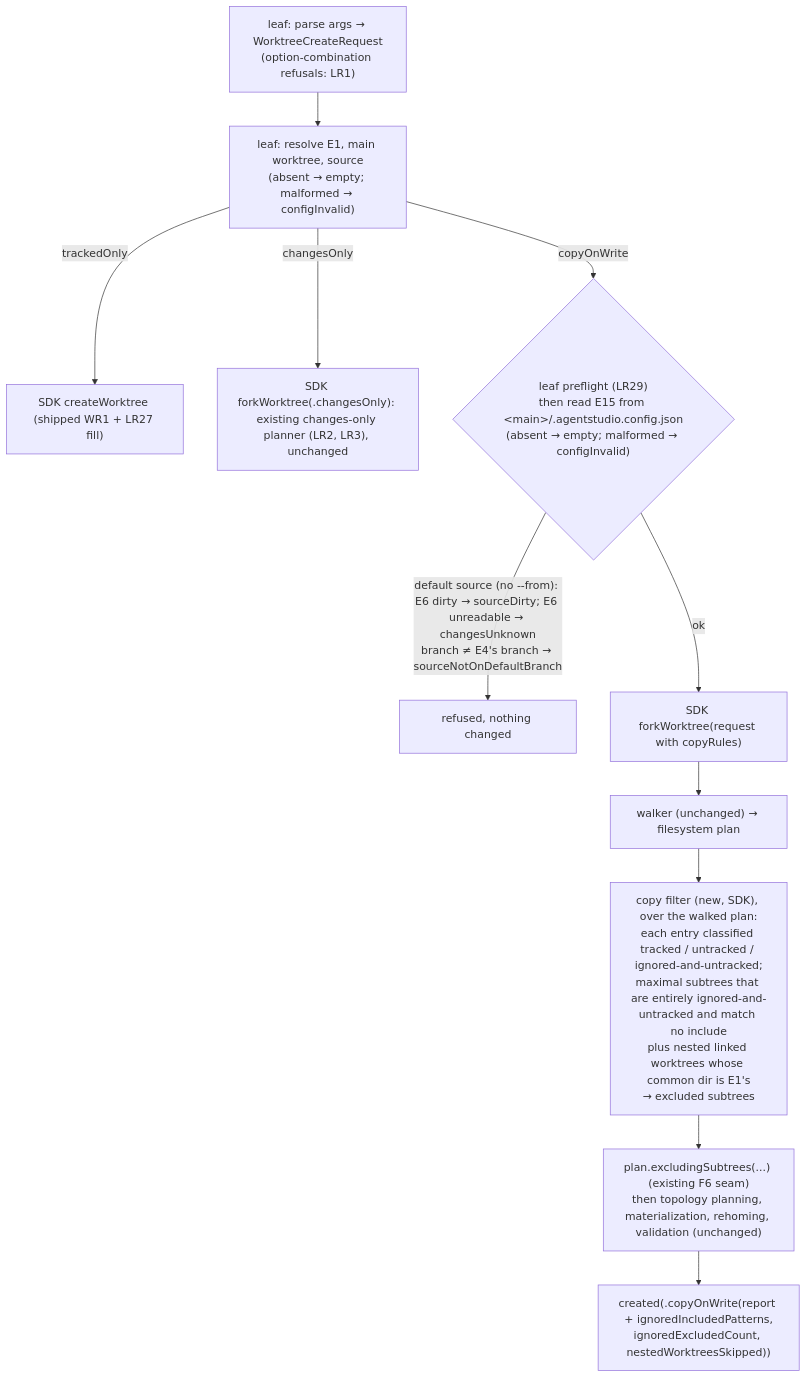
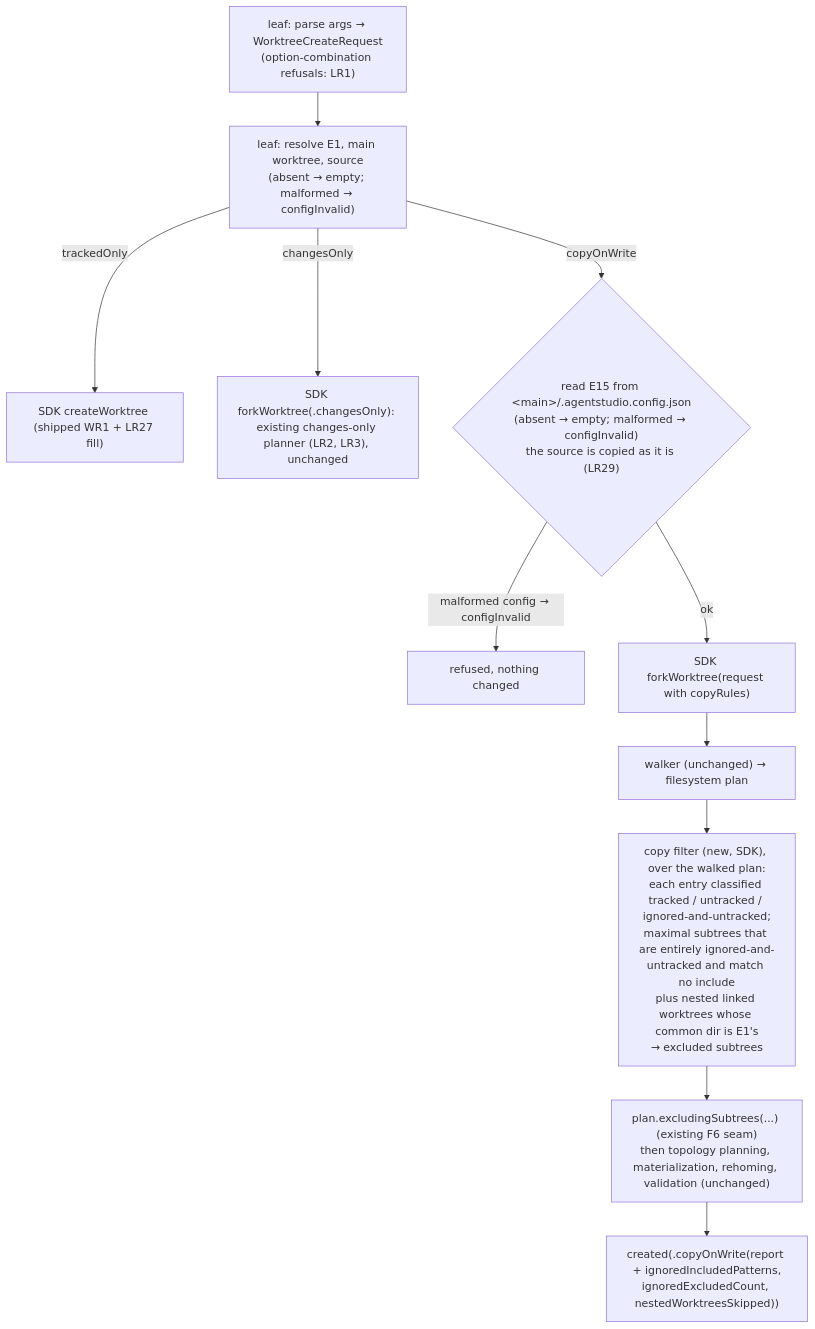
One commit to getagentstudio/agentstudio changed the ninth of 9 diagrams in docs/specs/2026-09-30-worktree-lifecycle/2026-09-30-worktree-lifecycle-program-design.md. Above: the diagram before and after it, drawn with Mermaid. The commit also changed other lines of this file and 2 other files, not shown here.

Commit message:
Copy the source as it is: withdraw the default-source refusals from the worktree lifecycle design

````diff
--- a/docs/specs/2026-09-30-worktree-lifecycle/2026-09-30-worktree-lifecycle-program-design.md
+++ b/docs/specs/2026-09-30-worktree-lifecycle/2026-09-30-worktree-lifecycle-program-design.md
@@ -644,13 +644,13 @@
 ```mermaid
 flowchart TB
   P["leaf: parse args → WorktreeCreateRequest<br/>(option-combination refusals: LR1)"] --> C["leaf: resolve E1, main worktree, source<br/>(absent → empty; malformed → configInvalid)"]
   C -->|trackedOnly| T["SDK createWorktree (shipped WR1 + LR27 fill)"]
   C -->|changesOnly| CO["SDK forkWorktree(.changesOnly): existing changes-only planner (LR2, LR3), unchanged"]
-  C -->|copyOnWrite| B{"leaf preflight (LR29)<br/>then read E15 from &lt;main&gt;/.agentstudio.config.json<br/>(absent → empty; malformed → configInvalid)"}
-  B -->|"default source (no --from): E6 dirty → sourceDirty; E6 unreadable → changesUnknown<br/>branch ≠ E4's branch → sourceNotOnDefaultBranch"| R["refused, nothing changed"]
+  C -->|copyOnWrite| B{"read E15 from &lt;main&gt;/.agentstudio.config.json<br/>(absent → empty; malformed → configInvalid)<br/>the source is copied as it is (LR29)"}
+  B -->|"malformed config → configInvalid"| R["refused, nothing changed"]
   B -->|ok| F["SDK forkWorktree(request with copyRules)"]
   F --> W["walker (unchanged) → filesystem plan"]
   W --> X["copy filter (new, SDK), over the walked plan:<br/>each entry classified tracked / untracked / ignored-and-untracked;<br/>maximal subtrees that are entirely ignored-and-untracked and match no include<br/>plus nested linked worktrees whose common dir is E1's<br/>→ excluded subtrees"]
   X --> E["plan.excludingSubtrees(...) (existing F6 seam)<br/>then topology planning, materialization, rehoming, validation (unchanged)"]
   E --> O["created(.copyOnWrite(report + ignoredIncludedPatterns,<br/>ignoredExcludedCount, nestedWorktreesSkipped))"]
 ```
````
